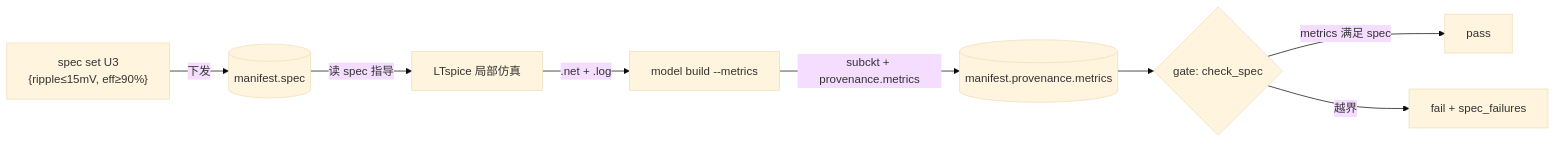
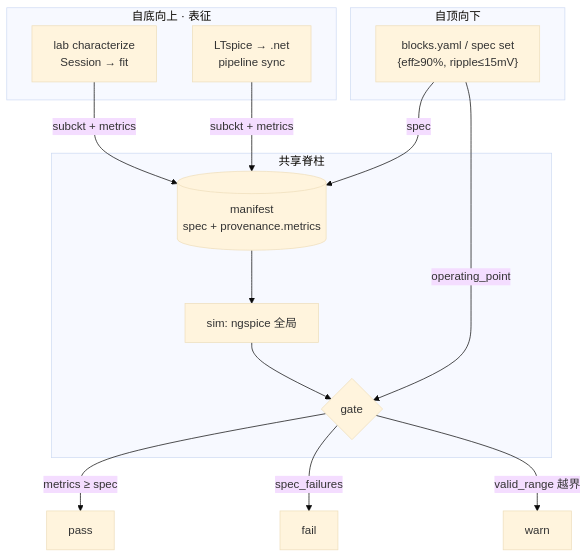
The second of 2 diagrams in docs/RFC_LOCAL_SIM_MODEL_PROVIDER.md (zhang1career/benchgate), drawn with Mermaid (base theme) before and after one commit. The commit also changed other lines of this file and 16 other files, not shown here.

````diff
--- a/docs/RFC_LOCAL_SIM_MODEL_PROVIDER.md
+++ b/docs/RFC_LOCAL_SIM_MODEL_PROVIDER.md
@@ -318,10 +335,25 @@
 ```mermaid
-flowchart LR
-  SPEC["spec set U3<br/>{ripple≤15mV, eff≥90%}"] -->|下发| MAN[(manifest.spec)]
-  MAN -->|读 spec 指导| LT[LTspice 局部仿真]
-  LT -->|.net + .log| MB["model build --metrics"]
-  MB -->|subckt + provenance.metrics| MAN2[(manifest.provenance.metrics)]
-  MAN2 --> GATE{gate: check_spec}
-  GATE -->|metrics 满足 spec| PASS[pass]
-  GATE -->|越界| FAIL[fail + spec_failures]
+flowchart TB
+  subgraph topdown ["自顶向下"]
+    BY["blocks.yaml / spec set<br/>{eff≥90%, ripple≤15mV}"]
+  end
+
+  subgraph bottomup ["自底向上 · 表征"]
+    LAB["lab characterize<br/>Session → fit"]
+    LTS["LTspice → .net<br/>pipeline sync"]
+  end
+
+  subgraph spine ["共享脊柱"]
+    MAN[(manifest<br/>spec + provenance.metrics)]
+    SIM[sim: ngspice 全局]
+    GATE{gate}
+  end
+
+  BY -->|spec| MAN
+  LAB & LTS -->|subckt + metrics| MAN
+  MAN --> SIM --> GATE
+  BY -->|operating_point| GATE
+  GATE -->|metrics ≥ spec| PASS[pass]
+  GATE -->|spec_failures| FAIL[fail]
+  GATE -->|valid_range 越界| WARN[warn]
 ```
````
